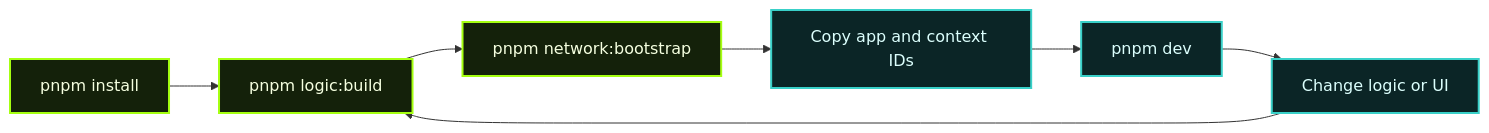
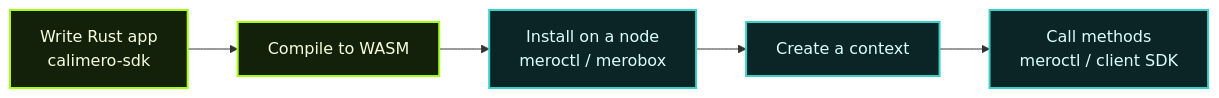
The diagram in src/content/docs/builder-directory/index.md (calimero-network/documentation), drawn with Mermaid before and after one commit. The commit also changed other lines of this file and 30 other files, not shown here.

````diff
--- a/src/content/docs/builder-directory/index.md
+++ b/src/content/docs/builder-directory/index.md
@@ -97,14 +12,12 @@
 ```mermaid
 flowchart LR
-    INSTALL[pnpm install] --> LOGIC[pnpm logic:build]
-    LOGIC --> NET[pnpm network:bootstrap]
-    NET --> CONFIG[Copy app and context IDs]
-    CONFIG --> DEV[pnpm dev]
-    DEV --> ITERATE[Change logic or UI]
-    ITERATE --> LOGIC
+    WRITE[Write Rust app<br/>calimero-sdk] --> BUILD[Compile to WASM]
+    BUILD --> INSTALL[Install on a node<br/>meroctl / merobox]
+    INSTALL --> CONTEXT[Create a context]
+    CONTEXT --> CALL[Call methods<br/>meroctl / client SDK]
 
     classDef lime fill:#14210a,stroke:#a5ff11,color:#f5ffe0,stroke-width:2px;
     classDef cyan fill:#0b2526,stroke:#39d0c8,color:#dcfffd,stroke-width:2px;
-    class INSTALL,LOGIC,NET lime;
-    class CONFIG,DEV,ITERATE cyan;
+    class WRITE,BUILD lime;
+    class INSTALL,CONTEXT,CALL cyan;
 ```
````
